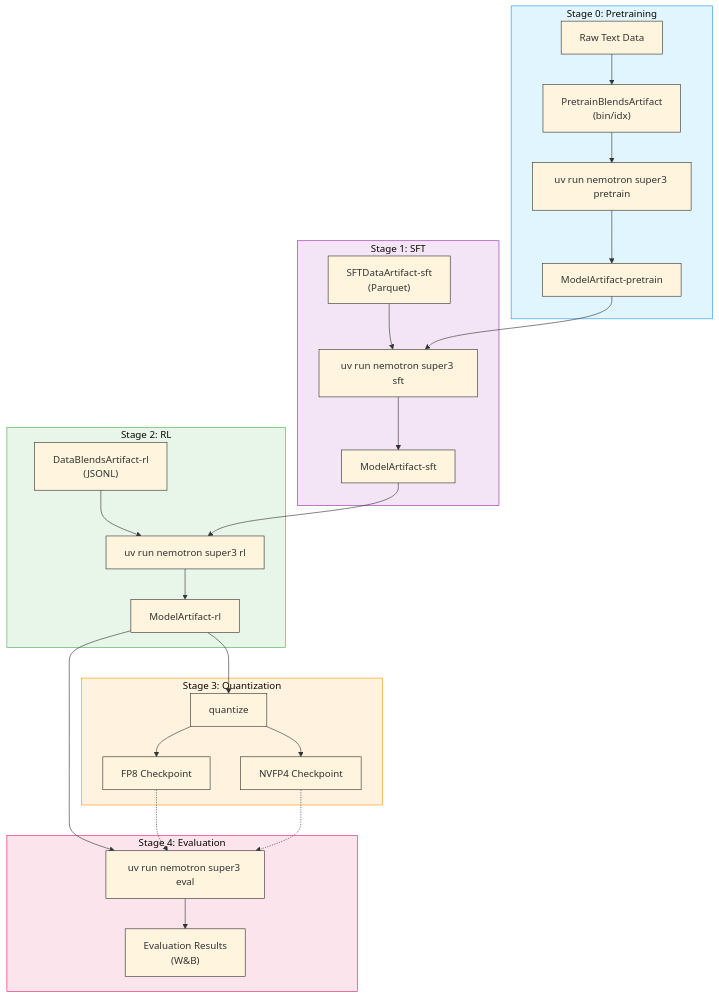
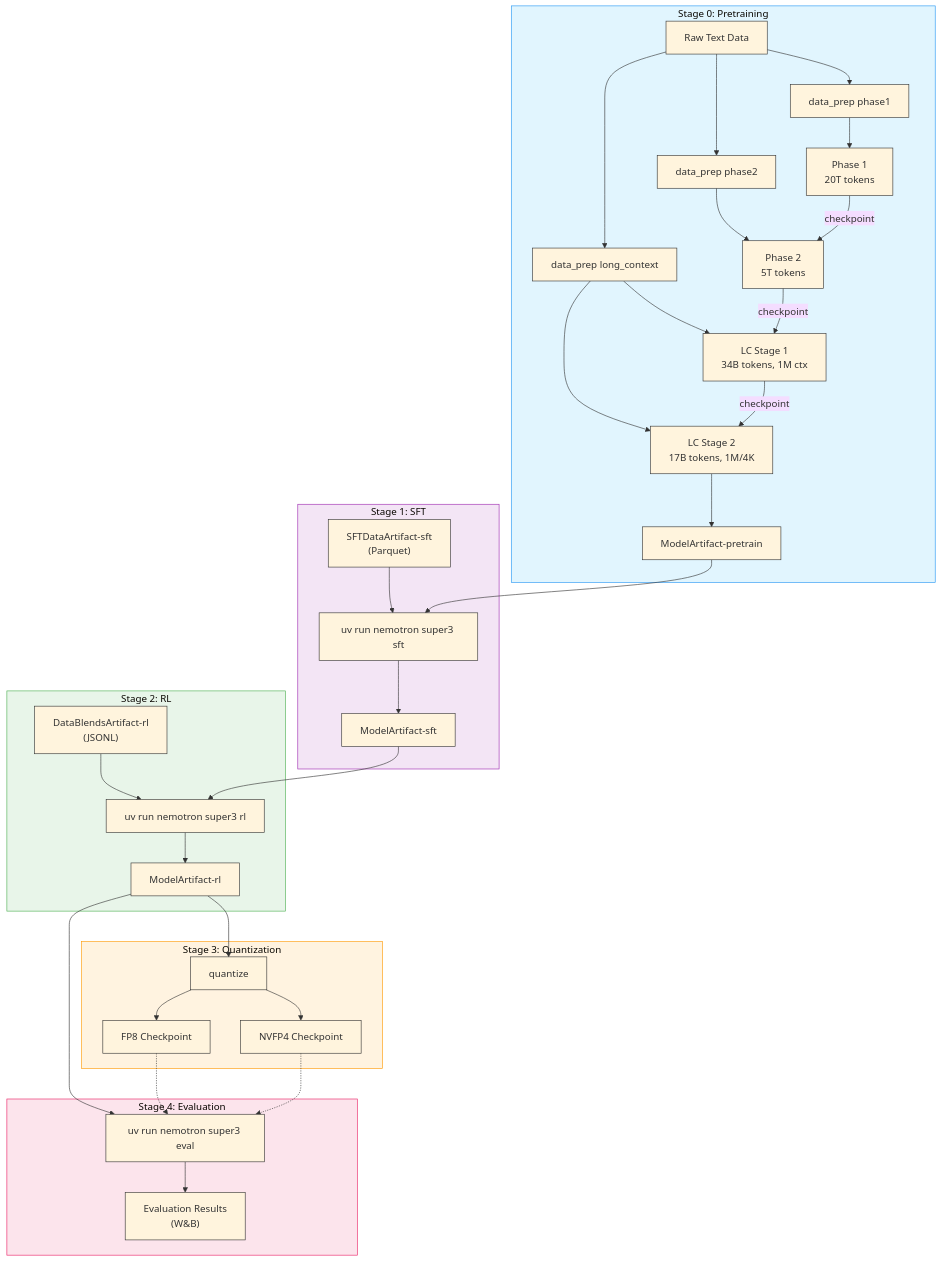
The diagram in docs/nemotron/super3/README.md (NVIDIA-NeMo/Nemotron), drawn with Mermaid before and after one commit. The commit also changed 1 other file, not shown here.

Commit message:
Update diagram

````diff
--- a/docs/nemotron/super3/README.md
+++ b/docs/nemotron/super3/README.md
@@ -157,40 +157,48 @@
 ```mermaid
 %%{init: {'theme': 'base', 'themeVariables': { 'primaryBorderColor': '#333333', 'lineColor': '#333333', 'primaryTextColor': '#333333', 'clusterBkg': '#ffffff', 'clusterBorder': '#333333'}}}%%
 flowchart TB
     subgraph pretrain["Stage 0: Pretraining"]
-        raw["Raw Text Data"] --> data0["PretrainBlendsArtifact<br/>(bin/idx)"]
-        data0 --> cmd0["uv run nemotron super3 pretrain"]
-        cmd0 --> model0["ModelArtifact-pretrain"]
+        raw["Raw Text Data"] --> dp1["data_prep phase1"]
+        raw --> dp2["data_prep phase2"]
+        raw --> dplc["data_prep long_context"]
+        dp1 --> p1["Phase 1<br/>20T tokens"]
+        dp2 --> p2["Phase 2<br/>5T tokens"]
+        dplc --> lc1["LC Stage 1<br/>34B tokens, 1M ctx"]
+        dplc --> lc2["LC Stage 2<br/>17B tokens, 1M/4K"]
+        p1 -->|checkpoint| p2
+        p2 -->|checkpoint| lc1
+        lc1 -->|checkpoint| lc2
+        lc2 --> model0["ModelArtifact-pretrain"]
     end
 
     subgraph sft["Stage 1: SFT"]
         data1["SFTDataArtifact-sft<br/>(Parquet)"] --> cmd1["uv run nemotron super3 sft"]
         model0 --> cmd1
         cmd1 --> model1["ModelArtifact-sft"]
     end
 
     subgraph rl["Stage 2: RL"]
         data2["DataBlendsArtifact-rl<br/>(JSONL)"] --> cmd2["uv run nemotron super3 rl"]
         model1 --> cmd2
         cmd2 --> model2["ModelArtifact-rl"]
     end
 
     subgraph quant["Stage 3: Quantization"]
         model2 --> cmd3["quantize"]
         cmd3 --> model3a["FP8 Checkpoint"]
         cmd3 --> model3b["NVFP4 Checkpoint"]
     end
 
     subgraph eval["Stage 4: Evaluation"]
         model2 --> cmd4["uv run nemotron super3 eval"]
         model3a -.-> cmd4
         model3b -.-> cmd4
         cmd4 --> results["Evaluation Results<br/>(W&B)"]
     end
 
     style pretrain fill:#e1f5fe,stroke:#2196f3
     style sft fill:#f3e5f5,stroke:#9c27b0
     style rl fill:#e8f5e9,stroke:#4caf50
     style quant fill:#fff3e0,stroke:#ff9800
     style eval fill:#fce4ec,stroke:#e91e63
 ```
````
